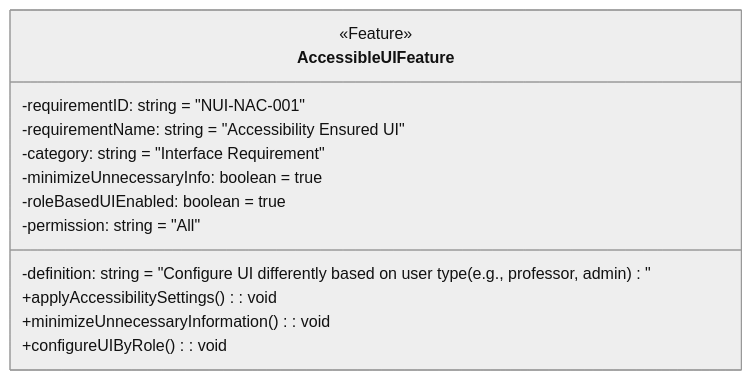
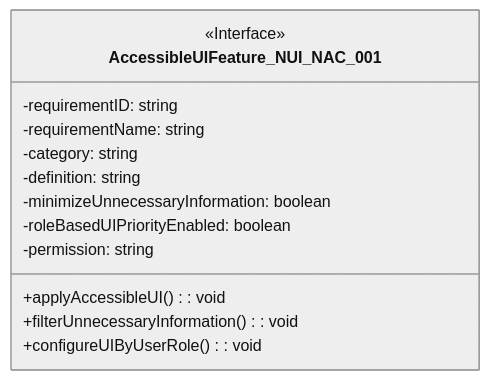
Before and after one commit to sun922/University-SoftwareDesign: diagram 19 of 32 in 1. Requirement Analysis/Software Requirements Specification.md, drawn with Mermaid (neutral theme). The commit also changed other lines of this file, not shown here.

````diff
--- a/1. Requirement Analysis/Software Requirements Specification.md
+++ b/1. Requirement Analysis/Software Requirements Specification.md
@@ -571,18 +575,17 @@
 ```mermaid
 classDiagram
-    class AccessibleUIFeature {
-        <<Feature>>
-        -requirementID: string = "NUI-NAC-001"
-        -requirementName: string = "Accessibility Ensured UI"
-        -category: string = "Interface Requirement"
-        -definition: string = "Configure UI differently based on user type (e.g., professor, admin)"
-        -minimizeUnnecessaryInfo: boolean = true
-        -roleBasedUIEnabled: boolean = true
-        -permission: string = "All"
+    class AccessibleUIFeature_NUI_NAC_001 {
+        <<Interface>>
+        -requirementID: string
+        -requirementName: string
+        -category: string
+        -definition: string
+        -minimizeUnnecessaryInformation: boolean
+        -roleBasedUIPriorityEnabled: boolean
+        -permission: string
 
-        +applyAccessibilitySettings(): void
-        +minimizeUnnecessaryInformation(): void
-        +configureUIByRole(): void
+        +applyAccessibleUI(): void
+        +filterUnnecessaryInformation(): void
+        +configureUIByUserRole(): void
     }
-
 ```
````
